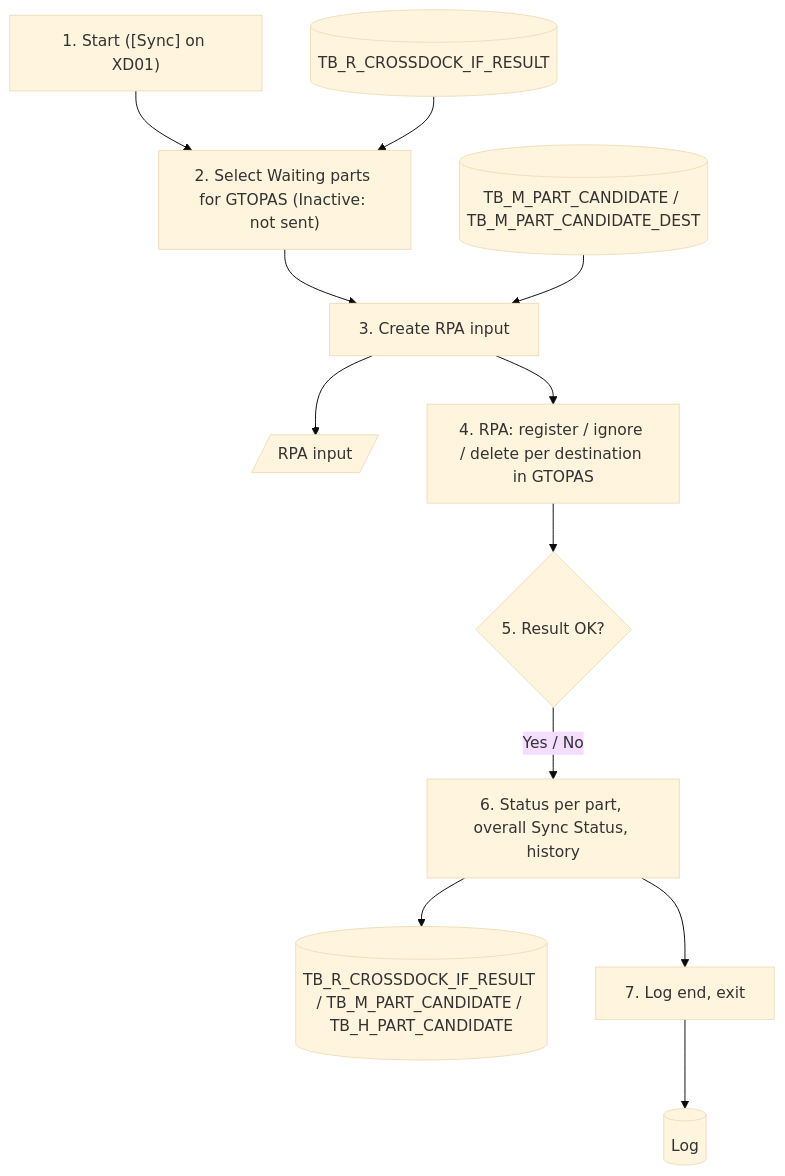
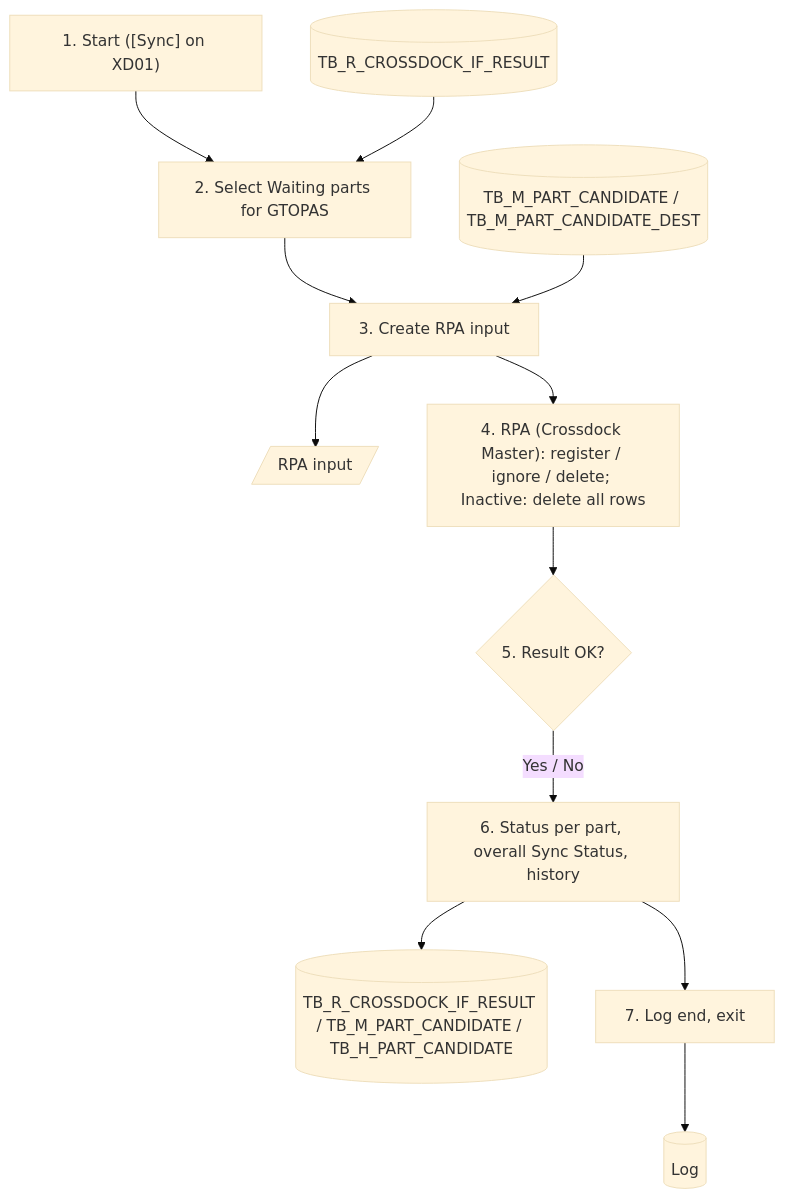
Before and after one commit to ivanrayhannn/crossdockpoc: the second of 2 diagrams in prepare_code/uiss/XD06_Batch_IFCrossDockMasterToGTOPAS.md, drawn with Mermaid (base theme). The commit also changed other lines of this file and 13 other files, not shown here.

First line of the commit message:
XD06 / XD07: Inactive part is deleted in GTOPAS, AP POLE not changed

````diff
--- a/prepare_code/uiss/XD06_Batch_IFCrossDockMasterToGTOPAS.md
+++ b/prepare_code/uiss/XD06_Batch_IFCrossDockMasterToGTOPAS.md
@@ -92,26 +93,26 @@
 ```mermaid
 flowchart TB
   p1["1. Start ([Sync] on XD01)"]
   r[("TB_R_CROSSDOCK_IF_RESULT")]
-  p2["2. Select Waiting parts for GTOPAS (Inactive: not sent)"]
+  p2["2. Select Waiting parts for GTOPAS"]
   m[("TB_M_PART_CANDIDATE / TB_M_PART_CANDIDATE_DEST")]
   p3["3. Create RPA input"]
   x[/"RPA input"/]
-  p4["4. RPA: register / ignore / delete per destination in GTOPAS"]
+  p4["4. RPA (Crossdock Master): register / ignore / delete; Inactive: delete all rows"]
   d{"5. Result OK?"}
   p6["6. Status per part, overall Sync Status, history"]
   o[("TB_R_CROSSDOCK_IF_RESULT / TB_M_PART_CANDIDATE / TB_H_PART_CANDIDATE")]
   p7["7. Log end, exit"]
   log[("Log")]
   p1 --> p2
   r --> p2
   p2 --> p3
   m --> p3
   p3 --> x
   p3 --> p4
   p4 --> d
   d -->|Yes / No| p6
   p6 --> o
   p6 --> p7
   p7 --> log
 ```
````
